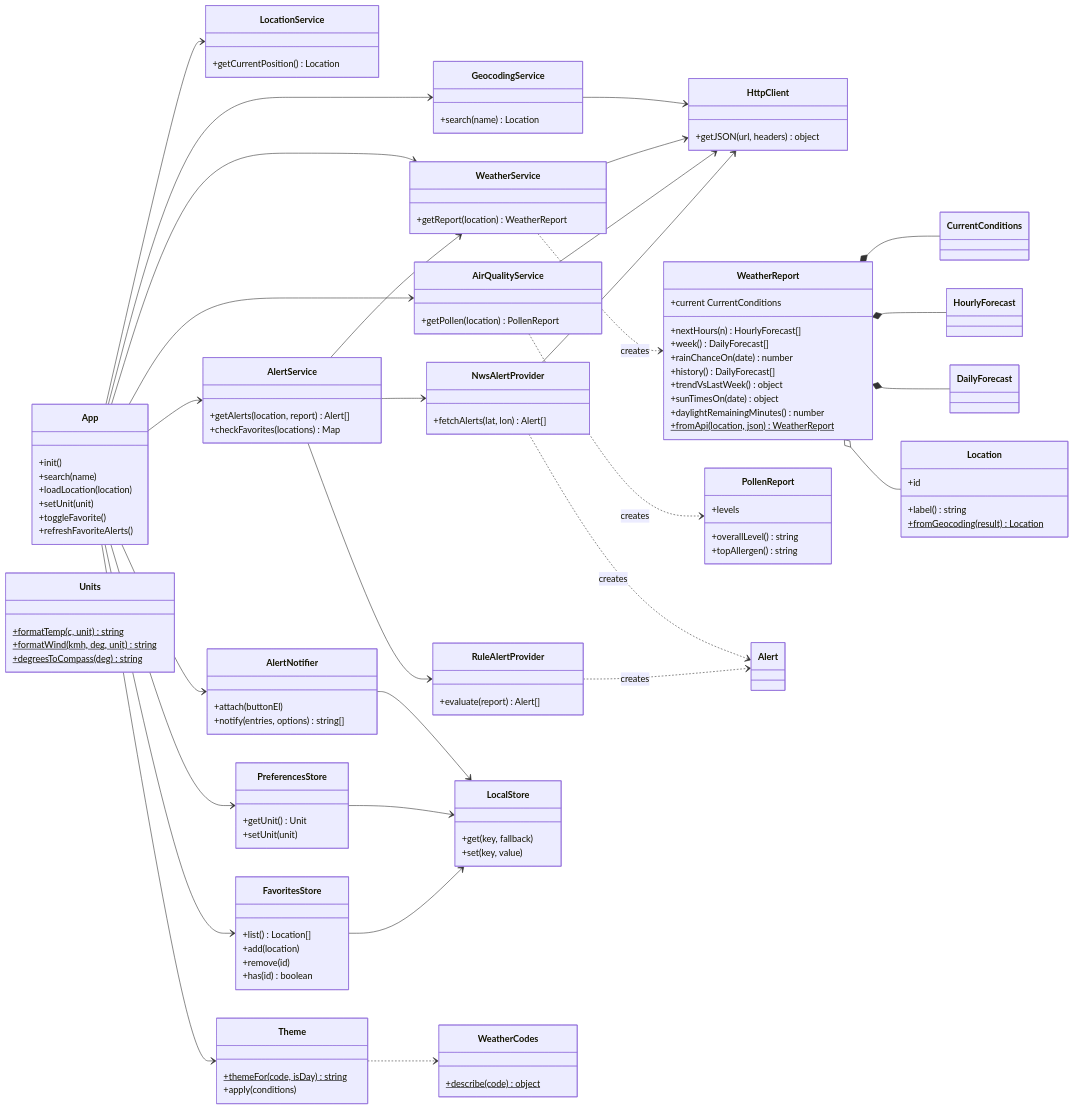
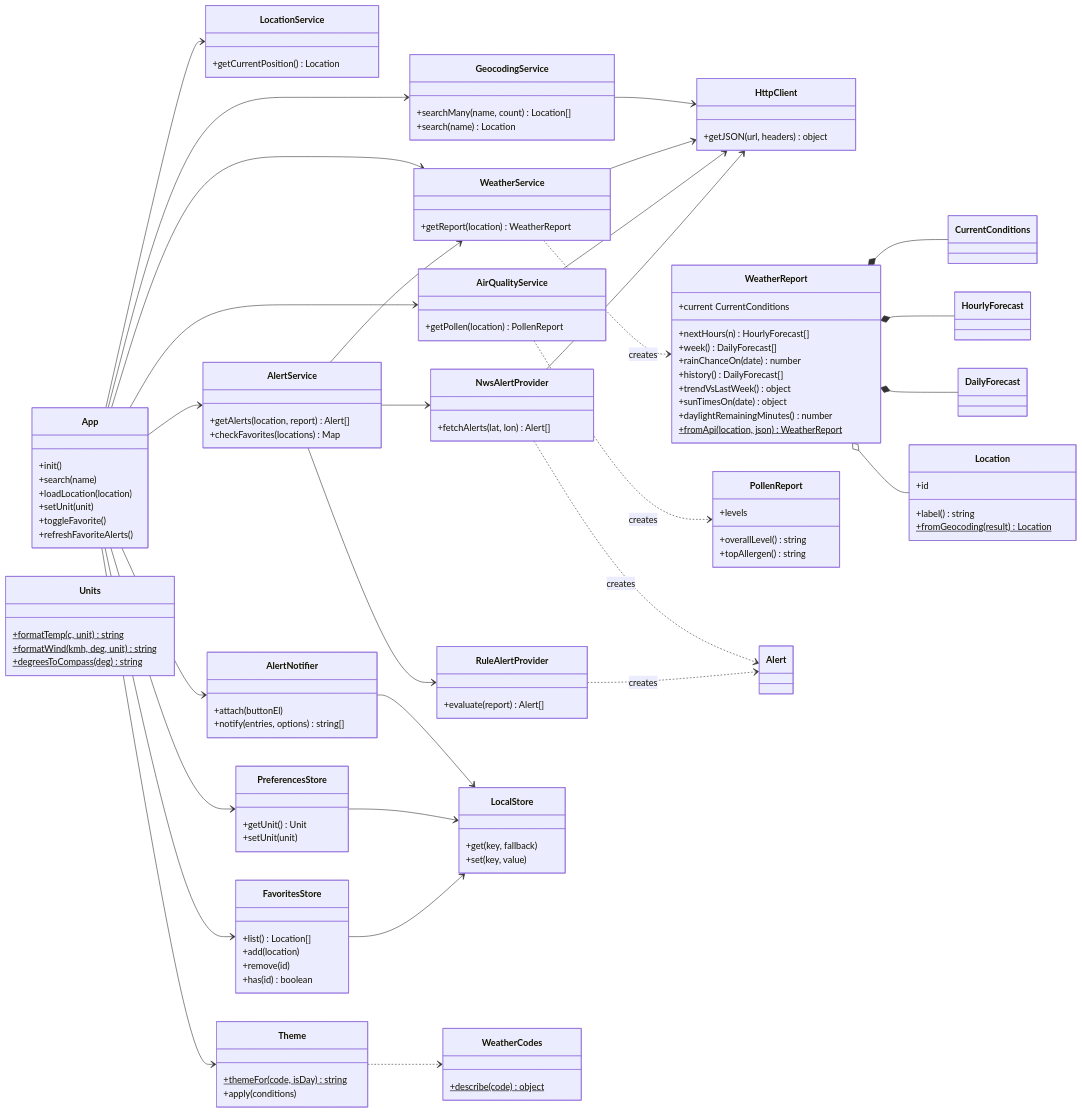
The second of 3 diagrams in docs/ARCHITECTURE.md (Billyye4/SSW-555_WeatherWebApp), drawn with Mermaid before and after one commit. The commit also changed other lines of this file and 10 other files, not shown here.

```diff
--- a/docs/ARCHITECTURE.md
+++ b/docs/ARCHITECTURE.md
@@ -441,6 +447,7 @@
     +getJSON(url, headers) object
   }
   class GeocodingService {
+    +searchMany(name, count) Location[]
     +search(name) Location
   }
   class LocationService {
```
